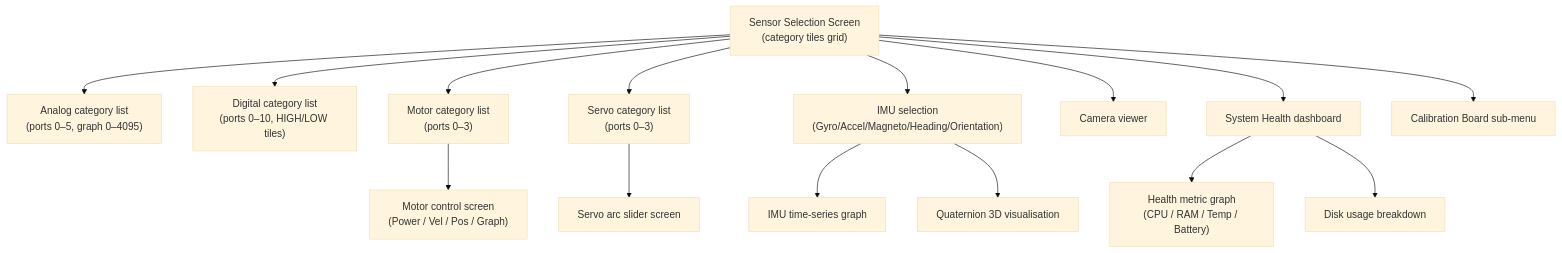
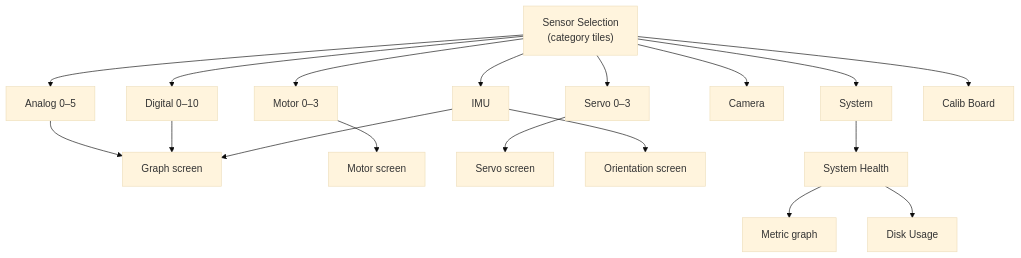
One commit to htl-stp-ecer/documentation changed the diagram in content/05-bot-ui/01-sensors-actors.md. Above: the diagram before and after it, drawn with Mermaid (base theme). The commit also changed other lines of this file and 9 other files, not shown here.

````diff
--- a/content/05-bot-ui/01-sensors-actors.md
+++ b/content/05-bot-ui/01-sensors-actors.md
@@ -19,19 +19,22 @@
 ```mermaid
 graph TD
-    SEL["Sensor Selection Screen\n(category tiles grid)"]
-    SEL --> ANA["Analog category list\n(ports 0–5, graph 0–4095)"]
-    SEL --> DIG["Digital category list\n(ports 0–10, HIGH/LOW tiles)"]
-    SEL --> MOT["Motor category list\n(ports 0–3)"]
-    SEL --> SRV["Servo category list\n(ports 0–3)"]
-    SEL --> IMU_SEL["IMU selection\n(Gyro/Accel/Magneto/Heading/Orientation)"]
-    SEL --> CAM["Camera viewer"]
-    SEL --> SYS["System Health dashboard"]
-    SEL --> CALIB["Calibration Board sub-menu"]
+    SEL["Sensor Selection<br/>(category tiles)"]
+    SEL --> ANA["Analog 0–5"]
+    SEL --> DIG["Digital 0–10"]
+    SEL --> MOT["Motor 0–3"]
+    SEL --> SRV["Servo 0–3"]
+    SEL --> IMU["IMU"]
+    SEL --> CAM["Camera"]
+    SEL --> SYS["System"]
+    SEL --> CALIB["Calib Board"]
 
-    MOT --> MOTOR["Motor control screen\n(Power / Vel / Pos / Graph)"]
-    SRV --> SERVO["Servo arc slider screen"]
-    IMU_SEL --> GRAPH_IMU["IMU time-series graph"]
-    IMU_SEL --> QUAT["Quaternion 3D visualisation"]
-    SYS --> HEALTH_GRAPH["Health metric graph\n(CPU / RAM / Temp / Battery)"]
-    SYS --> DISK["Disk usage breakdown"]
+    ANA --> GRAPH["Graph screen"]
+    DIG --> GRAPH
+    MOT --> MOTOR["Motor screen"]
+    SRV --> SERVO["Servo screen"]
+    IMU --> GRAPH
+    IMU --> QUAT["Orientation screen"]
+    SYS --> HEALTH["System Health"]
+    HEALTH --> HG["Metric graph"]
+    HEALTH --> DISK["Disk Usage"]
 ```
````
